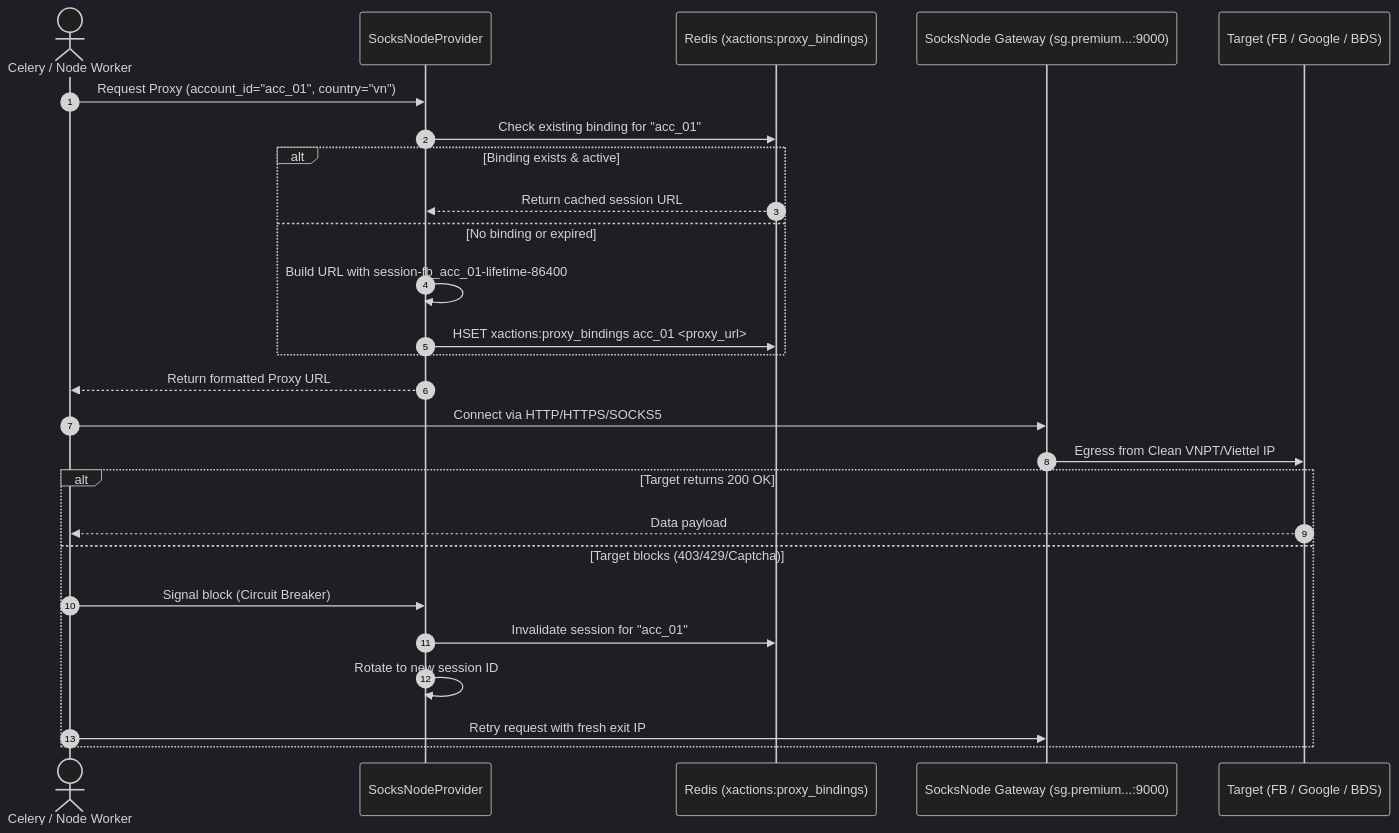
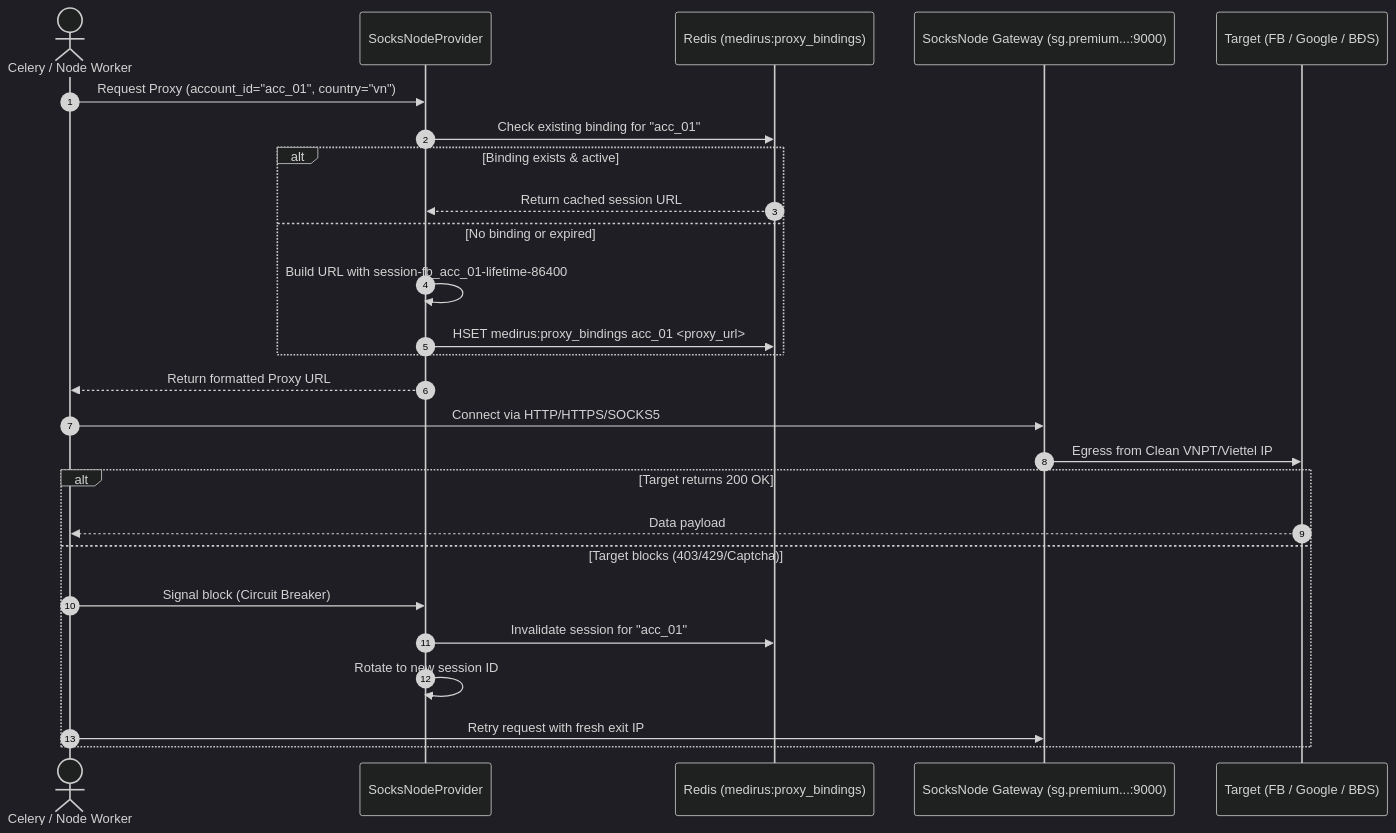
Before and after one commit to deptrai/nowing: the diagram in _bmad-output/planning-artifacts/architecture/architecture-socksnode-proxy-integration-2026-08-22/ARCHITECTURE-SPINE.md, drawn with Mermaid (dark theme). The commit also changed other lines of this file and 274 other files, not shown here.

First line of the commit message:
refactor: rename XActions → Medirus across codebase (xactions→medirus, XACTIONS→MEDIRUS, MEDIRUS_* env, port 3333, enum MEDIRUS_MCP_CONNECTOR)

````diff
--- a/_bmad-output/planning-artifacts/architecture/architecture-socksnode-proxy-integration-2026-08-22/ARCHITECTURE-SPINE.md
+++ b/_bmad-output/planning-artifacts/architecture/architecture-socksnode-proxy-integration-2026-08-22/ARCHITECTURE-SPINE.md
@@ -69,30 +69,30 @@
 ```mermaid
 sequenceDiagram
     autonumber
     actor Worker as Celery / Node Worker
     participant Provider as SocksNodeProvider
-    participant Redis as Redis (xactions:proxy_bindings)
+    participant Redis as Redis (medirus:proxy_bindings)
     participant Gateway as SocksNode Gateway (sg.premium...:9000)
     participant Target as Target (FB / Google / BĐS)
 
     Worker->>Provider: Request Proxy (account_id="acc_01", country="vn")
     Provider->>Redis: Check existing binding for "acc_01"
     alt Binding exists & active
         Redis-->>Provider: Return cached session URL
     else No binding or expired
         Provider->>Provider: Build URL with session-fb_acc_01-lifetime-86400
-        Provider->>Redis: HSET xactions:proxy_bindings acc_01 <proxy_url>
+        Provider->>Redis: HSET medirus:proxy_bindings acc_01 <proxy_url>
     end
     Provider-->>Worker: Return formatted Proxy URL
 
     Worker->>Gateway: Connect via HTTP/HTTPS/SOCKS5
     Gateway->>Target: Egress from Clean VNPT/Viettel IP
     alt Target returns 200 OK
         Target-->>Worker: Data payload
     else Target blocks (403/429/Captcha)
         Worker->>Provider: Signal block (Circuit Breaker)
         Provider->>Redis: Invalidate session for "acc_01"
         Provider->>Provider: Rotate to new session ID
         Worker->>Gateway: Retry request with fresh exit IP
     end
 ```
````
